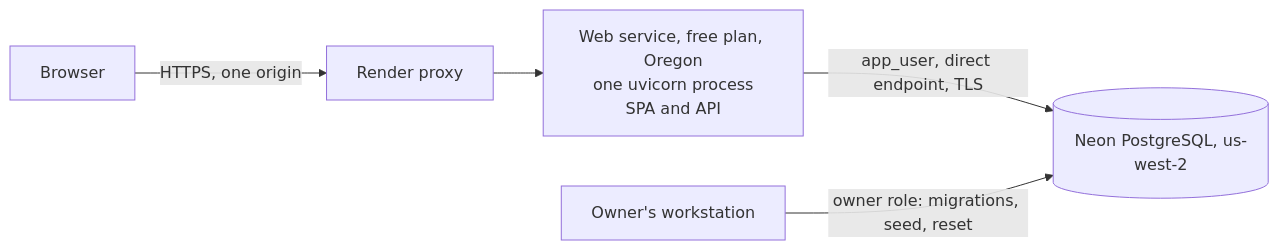
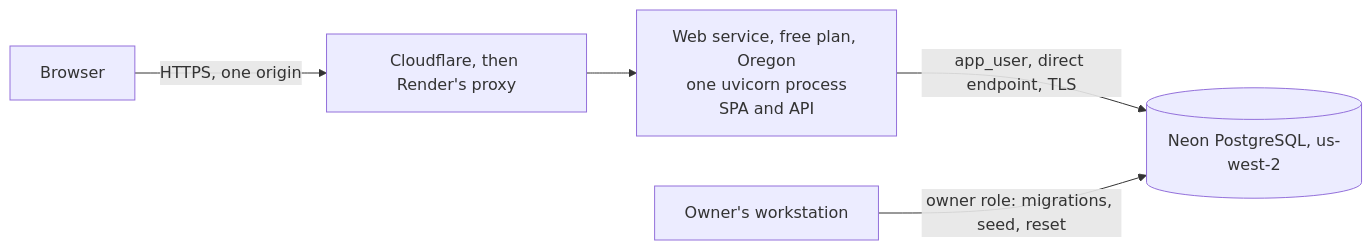
One commit to ved-cmpt/iknowserviceai changed the diagram in docs/DEPLOYMENT.md. Above: the diagram before and after it, drawn with Mermaid. The commit also changed other lines of this file and 6 other files, not shown here.

````diff
--- a/docs/DEPLOYMENT.md
+++ b/docs/DEPLOYMENT.md
@@ -5,7 +5,7 @@
 ```mermaid
 flowchart LR
-    B[Browser] -->|HTTPS, one origin| P[Render proxy]
+    B[Browser] -->|HTTPS, one origin| P[Cloudflare, then Render's proxy]
     P --> A["Web service, free plan, Oregon<br/>one uvicorn process<br/>SPA and API"]
     A -->|"app_user, direct endpoint, TLS"| N[("Neon PostgreSQL, us-west-2")]
     W[Owner's workstation] -->|"owner role: migrations, seed, reset"| N
 ```
````
